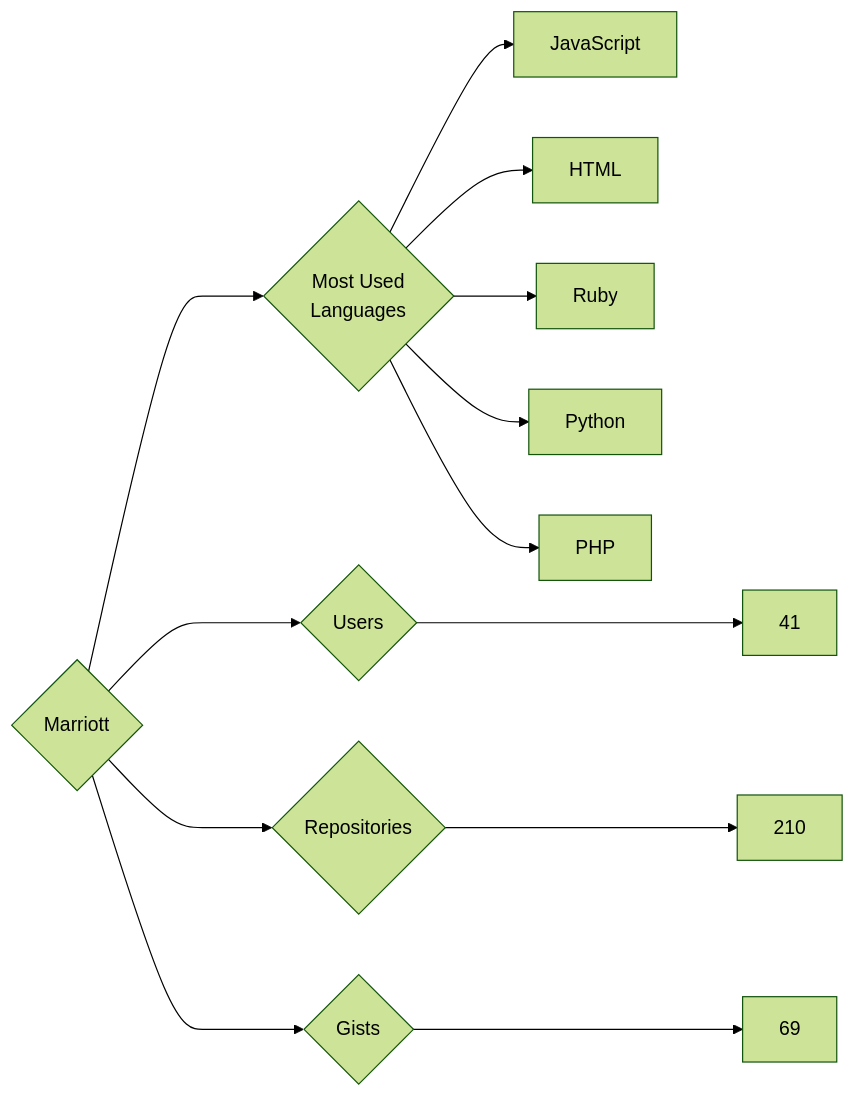
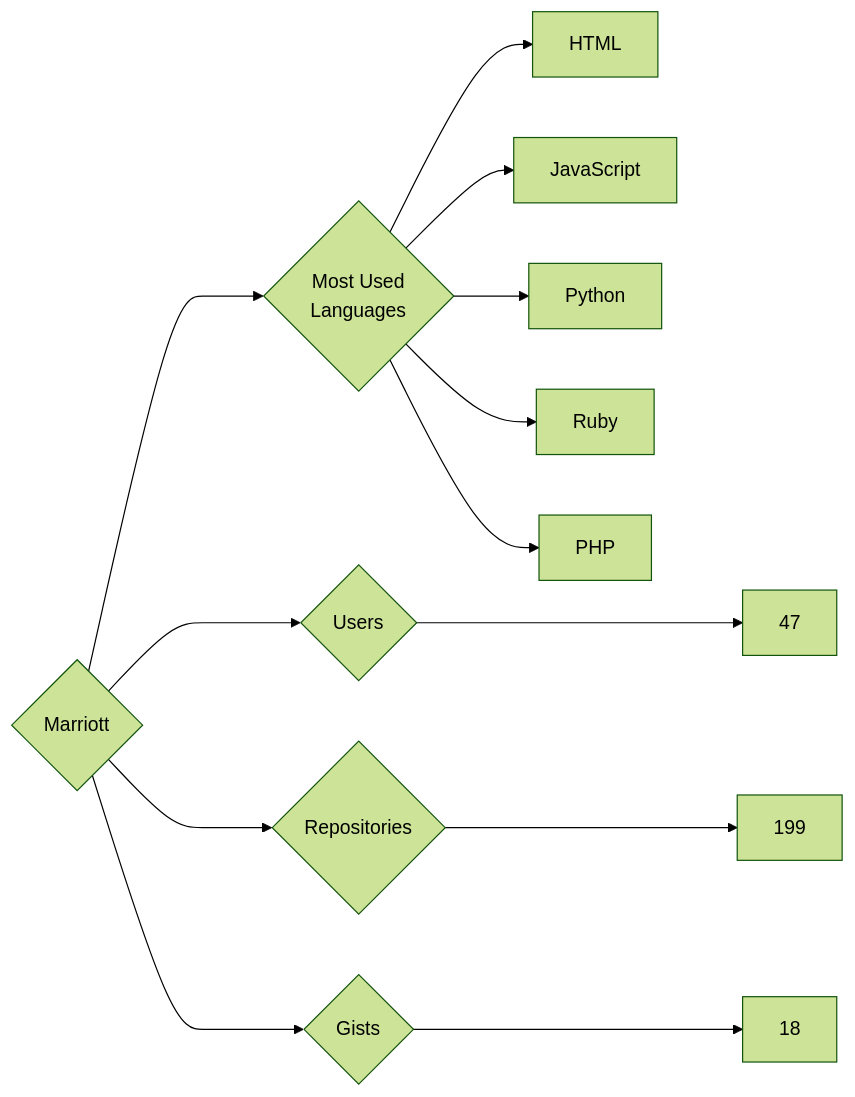
Before and after one commit to trickest/insiders: the diagram in targets/Marriott/README.md, drawn with Mermaid (forest theme). The commit also changed 970 other files, not shown here.

````diff
--- a/targets/Marriott/README.md
+++ b/targets/Marriott/README.md
@@ -3,13 +3,13 @@
 ```mermaid
 graph LR
 COMPANY_NAME{Marriott}
-COMPANY_NAME ---> U{Users} ---> UN[41]
-COMPANY_NAME ---> R{Repositories} ---> RN[210]
-COMPANY_NAME ---> G{Gists} ---> GN[69]
+COMPANY_NAME ---> U{Users} ---> UN[47]
+COMPANY_NAME ---> R{Repositories} ---> RN[199]
+COMPANY_NAME ---> G{Gists} ---> GN[18]
 COMPANY_NAME ---> ML{Most Used<br>Languages}
+ML --> HTML[HTML]
 ML --> JavaScript[JavaScript]
-ML --> HTML[HTML]
+ML --> Python[Python]
 ML --> Ruby[Ruby]
-ML --> Python[Python]
 ML --> PHP[PHP]
 ```
````
